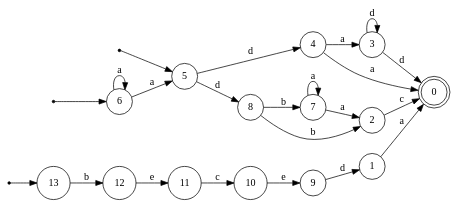
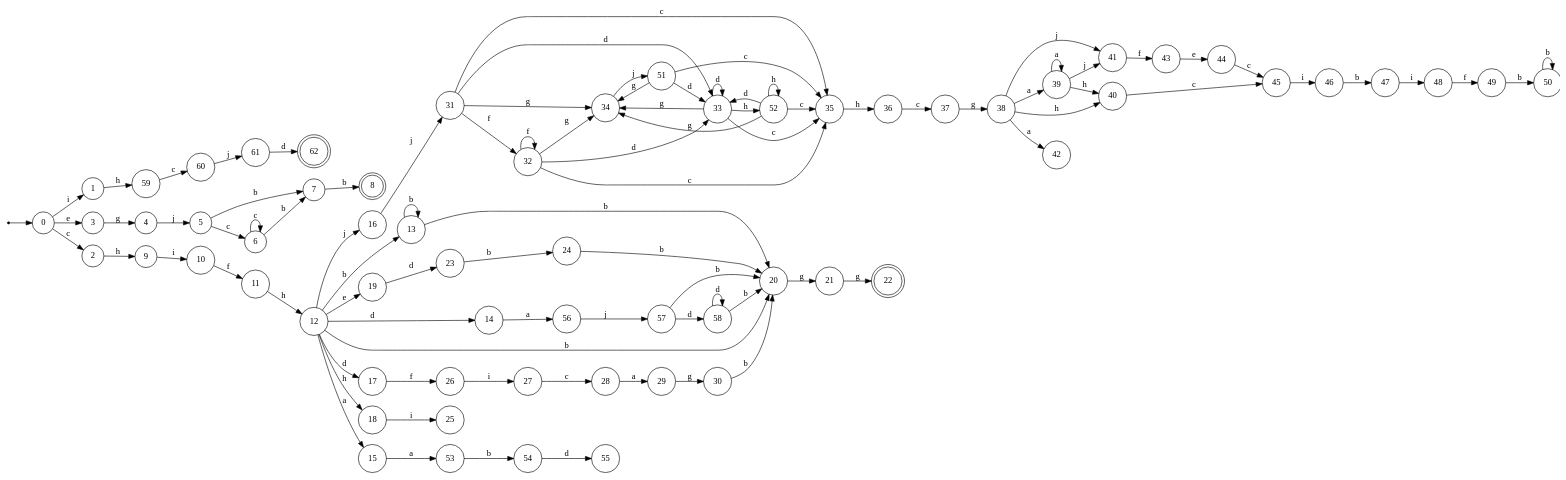
The diagram in rev_nfa.gv (LeonardoDeFaveri/NFA-minimization), drawn with Graphviz before and after one commit. The commit also changed 15 other files, not shown here.

```diff
--- a/rev_nfa.gv
+++ b/rev_nfa.gv
@@ -1,43 +1,159 @@
 digraph {
 	rankdir = LR;
 	size = "30,20";
 	node [shape = point]; "dummy0"
-	node [shape = circle]; "6"
-	"dummy0" -> "6";
-	node [shape = point]; "dummy1"
-	node [shape = circle]; "5"
-	"dummy1" -> "5";
-	node [shape = point]; "dummy2"
-	node [shape = circle]; "13"
-	"dummy2" -> "13";
-	node [shape = circle]; "8";
+	node [shape = circle]; "0"
+	"dummy0" -> "0";
+	node [shape = circle]; "36";
+	node [shape = doublecircle]; "22";
 	node [shape = circle]; "7";
+	node [shape = circle]; "14";
+	node [shape = circle]; "39";
+	node [shape = circle]; "47";
+	node [shape = circle]; "20";
+	node [shape = circle]; "60";
+	node [shape = circle]; "29";
+	node [shape = circle]; "45";
+	node [shape = circle]; "18";
+	node [shape = circle]; "1";
+	node [shape = circle]; "28";
+	node [shape = circle]; "17";
+	node [shape = circle]; "26";
+	node [shape = circle]; "37";
+	node [shape = circle]; "55";
+	node [shape = circle]; "48";
+	node [shape = circle]; "32";
+	node [shape = circle]; "23";
+	node [shape = circle]; "34";
+	node [shape = circle]; "54";
+	node [shape = circle]; "35";
+	node [shape = circle]; "24";
+	node [shape = doublecircle]; "62";
+	node [shape = circle]; "57";
+	node [shape = circle]; "59";
+	node [shape = circle]; "27";
+	node [shape = circle]; "12";
+	node [shape = circle]; "3";
+	node [shape = circle]; "21";
+	node [shape = circle]; "46";
+	node [shape = circle]; "5";
+	node [shape = circle]; "58";
+	node [shape = circle]; "4";
+	node [shape = circle]; "56";
+	node [shape = circle]; "6";
+	node [shape = circle]; "61";
+	node [shape = circle]; "15";
+	node [shape = circle]; "42";
+	node [shape = circle]; "30";
+	node [shape = circle]; "11";
+	node [shape = circle]; "25";
+	node [shape = doublecircle]; "8";
+	node [shape = circle]; "41";
+	node [shape = circle]; "16";
+	node [shape = circle]; "31";
+	node [shape = circle]; "44";
+	node [shape = circle]; "52";
+	node [shape = circle]; "10";
+	node [shape = circle]; "51";
+	node [shape = circle]; "43";
+	node [shape = circle]; "33";
 	node [shape = circle]; "9";
-	node [shape = circle]; "12";
+	node [shape = circle]; "50";
+	node [shape = circle]; "40";
+	node [shape = circle]; "19";
+	node [shape = circle]; "13";
 	node [shape = circle]; "2";
-	node [shape = circle]; "10";
-	node [shape = circle]; "11";
-	node [shape = circle]; "1";
-	node [shape = circle]; "4";
-	node [shape = doublecircle]; "0";
-	node [shape = circle]; "3";
-	"13" -> "12" [label = "b"];
-	"9" -> "1" [label = "d"];
-	"4" -> "0" [label = "a"];
-	"4" -> "3" [label = "a"];
-	"2" -> "0" [label = "c"];
-	"6" -> "5" [label = "a"];
-	"6" -> "6" [label = "a"];
-	"10" -> "9" [label = "e"];
-	"1" -> "0" [label = "a"];
-	"11" -> "10" [label = "c"];
-	"7" -> "2" [label = "a"];
-	"7" -> "7" [label = "a"];
-	"5" -> "8" [label = "d"];
-	"5" -> "4" [label = "d"];
-	"12" -> "11" [label = "e"];
-	"8" -> "2" [label = "b"];
-	"8" -> "7" [label = "b"];
-	"3" -> "0" [label = "d"];
-	"3" -> "3" [label = "d"];
+	node [shape = circle]; "53";
+	node [shape = circle]; "49";
+	node [shape = circle]; "38";
+	"31" -> "33" [label = "d"];
+	"31" -> "32" [label = "f"];
+	"31" -> "35" [label = "c"];
+	"31" -> "34" [label = "g"];
+	"53" -> "54" [label = "b"];
+	"35" -> "36" [label = "h"];
+	"41" -> "43" [label = "f"];
+	"18" -> "25" [label = "i"];
+	"19" -> "23" [label = "d"];
+	"23" -> "24" [label = "b"];
+	"13" -> "13" [label = "b"];
+	"13" -> "20" [label = "b"];
+	"3" -> "4" [label = "g"];
+	"45" -> "46" [label = "i"];
+	"54" -> "55" [label = "d"];
+	"49" -> "50" [label = "b"];
+	"57" -> "20" [label = "b"];
+	"57" -> "58" [label = "d"];
+	"24" -> "20" [label = "b"];
+	"39" -> "40" [label = "h"];
+	"39" -> "39" [label = "a"];
+	"39" -> "41" [label = "j"];
+	"7" -> "8" [label = "b"];
+	"36" -> "37" [label = "c"];
+	"26" -> "27" [label = "i"];
+	"52" -> "35" [label = "c"];
+	"52" -> "33" [label = "d"];
+	"52" -> "52" [label = "h"];
+	"52" -> "34" [label = "g"];
+	"56" -> "57" [label = "j"];
+	"20" -> "21" [label = "g"];
+	"29" -> "30" [label = "g"];
+	"27" -> "28" [label = "c"];
+	"48" -> "49" [label = "f"];
+	"58" -> "20" [label = "b"];
+	"58" -> "58" [label = "d"];
+	"51" -> "34" [label = "g"];
+	"51" -> "33" [label = "d"];
+	"51" -> "35" [label = "c"];
+	"34" -> "51" [label = "j"];
+	"37" -> "38" [label = "g"];
+	"28" -> "29" [label = "a"];
+	"50" -> "50" [label = "b"];
+	"30" -> "20" [label = "b"];
+	"14" -> "56" [label = "a"];
+	"16" -> "31" [label = "j"];
+	"4" -> "5" [label = "j"];
+	"61" -> "62" [label = "d"];
+	"17" -> "26" [label = "f"];
+	"21" -> "22" [label = "g"];
+	"38" -> "39" [label = "a"];
+	"38" -> "42" [label = "a"];
+	"38" -> "41" [label = "j"];
+	"38" -> "40" [label = "h"];
+	"11" -> "12" [label = "h"];
+	"0" -> "1" [label = "i"];
+	"0" -> "2" [label = "c"];
+	"0" -> "3" [label = "e"];
+	"59" -> "60" [label = "c"];
+	"9" -> "10" [label = "i"];
+	"6" -> "7" [label = "b"];
+	"6" -> "6" [label = "c"];
+	"32" -> "34" [label = "g"];
+	"32" -> "35" [label = "c"];
+	"32" -> "33" [label = "d"];
+	"32" -> "32" [label = "f"];
+	"43" -> "44" [label = "e"];
+	"60" -> "61" [label = "j"];
+	"44" -> "45" [label = "c"];
+	"12" -> "18" [label = "h"];
+	"12" -> "15" [label = "a"];
+	"12" -> "13" [label = "b"];
+	"12" -> "20" [label = "b"];
+	"12" -> "14" [label = "d"];
+	"12" -> "17" [label = "d"];
+	"12" -> "16" [label = "j"];
+	"12" -> "19" [label = "e"];
+	"47" -> "48" [label = "i"];
+	"46" -> "47" [label = "b"];
+	"2" -> "9" [label = "h"];
+	"5" -> "6" [label = "c"];
+	"5" -> "7" [label = "b"];
+	"10" -> "11" [label = "f"];
+	"40" -> "45" [label = "c"];
+	"15" -> "53" [label = "a"];
+	"1" -> "59" [label = "h"];
+	"33" -> "52" [label = "h"];
+	"33" -> "33" [label = "d"];
+	"33" -> "35" [label = "c"];
+	"33" -> "34" [label = "g"];
 }
```
